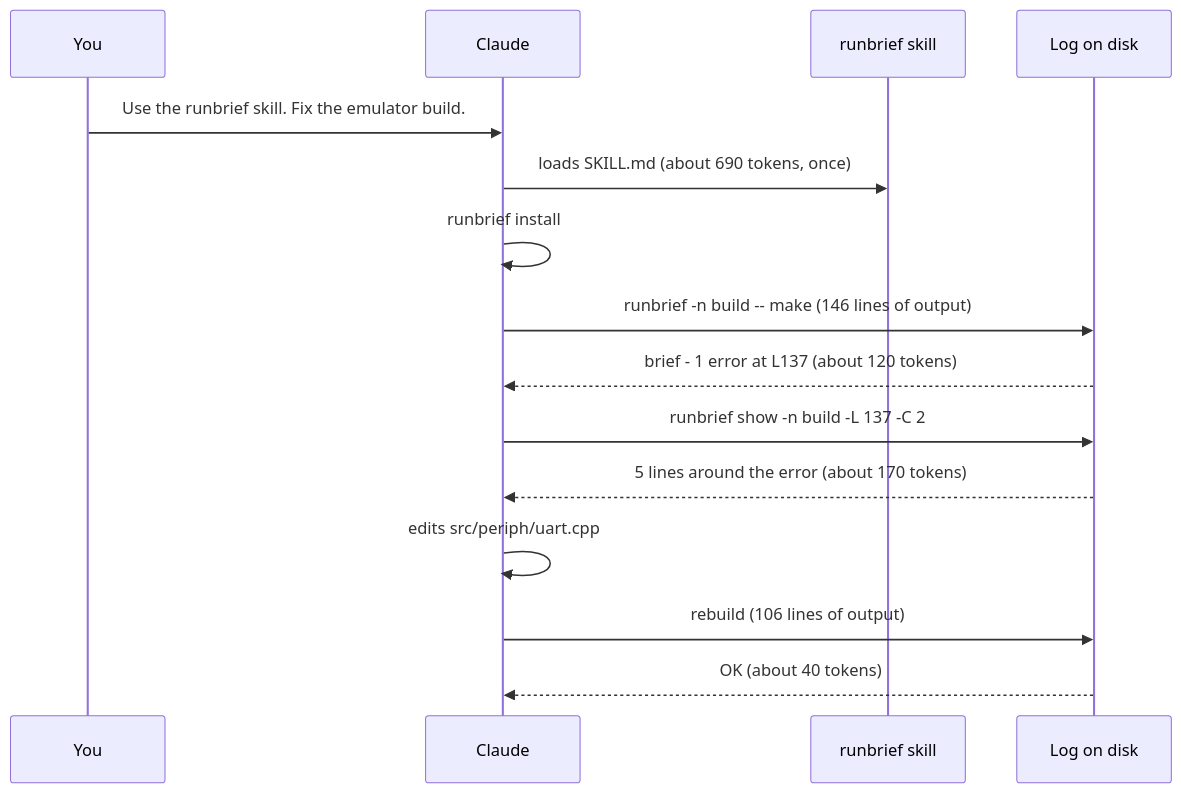
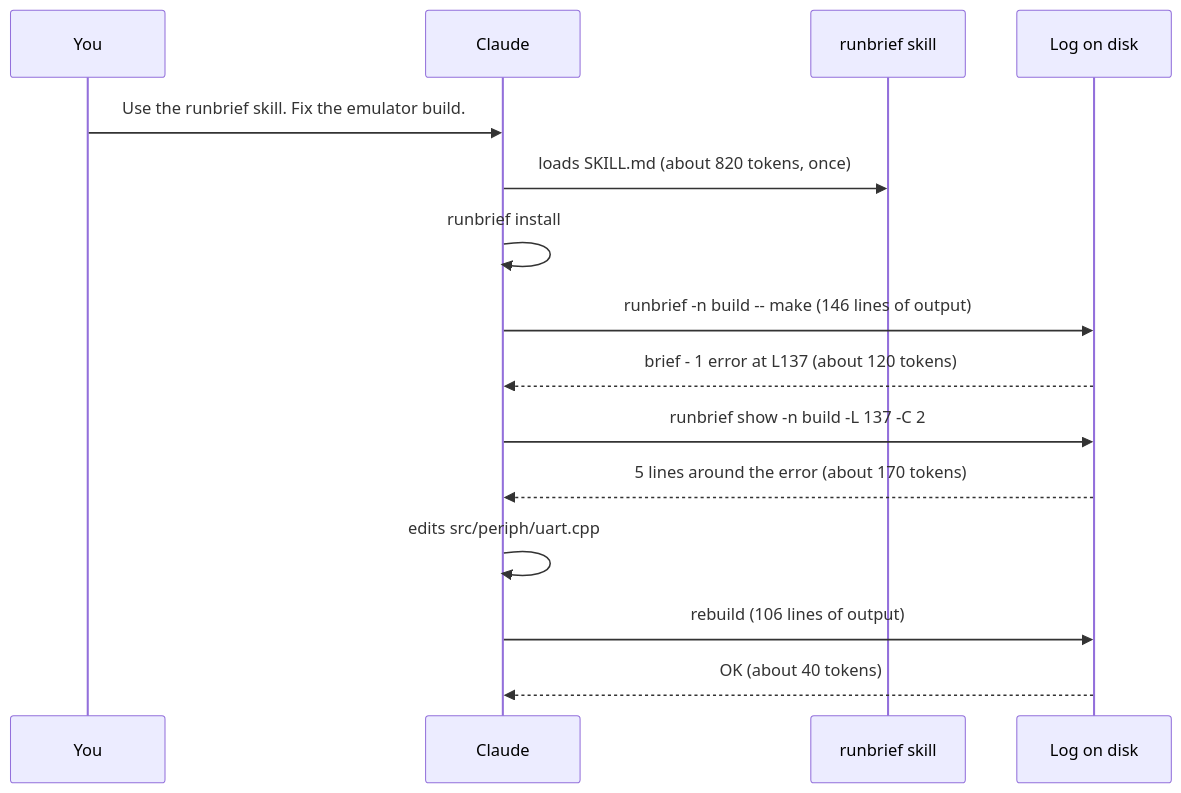
One commit to muskec06/runbrief changed the diagram in docs/skill-example.md. Above: the diagram before and after it, drawn with Mermaid. The commit also changed other lines of this file and 7 other files, not shown here.

````diff
--- a/docs/skill-example.md
+++ b/docs/skill-example.md
@@ -23,17 +23,17 @@
 ```mermaid
 sequenceDiagram
     participant U as You
     participant C as Claude
     participant S as runbrief skill
     participant D as Log on disk
     U->>C: Use the runbrief skill. Fix the emulator build.
-    C->>S: loads SKILL.md (about 690 tokens, once)
+    C->>S: loads SKILL.md (about 820 tokens, once)
     C->>C: runbrief install
     C->>D: runbrief -n build -- make (146 lines of output)
     D-->>C: brief - 1 error at L137 (about 120 tokens)
     C->>D: runbrief show -n build -L 137 -C 2
     D-->>C: 5 lines around the error (about 170 tokens)
     C->>C: edits src/periph/uart.cpp
     C->>D: rebuild (106 lines of output)
     D-->>C: OK (about 40 tokens)
 ```
````
